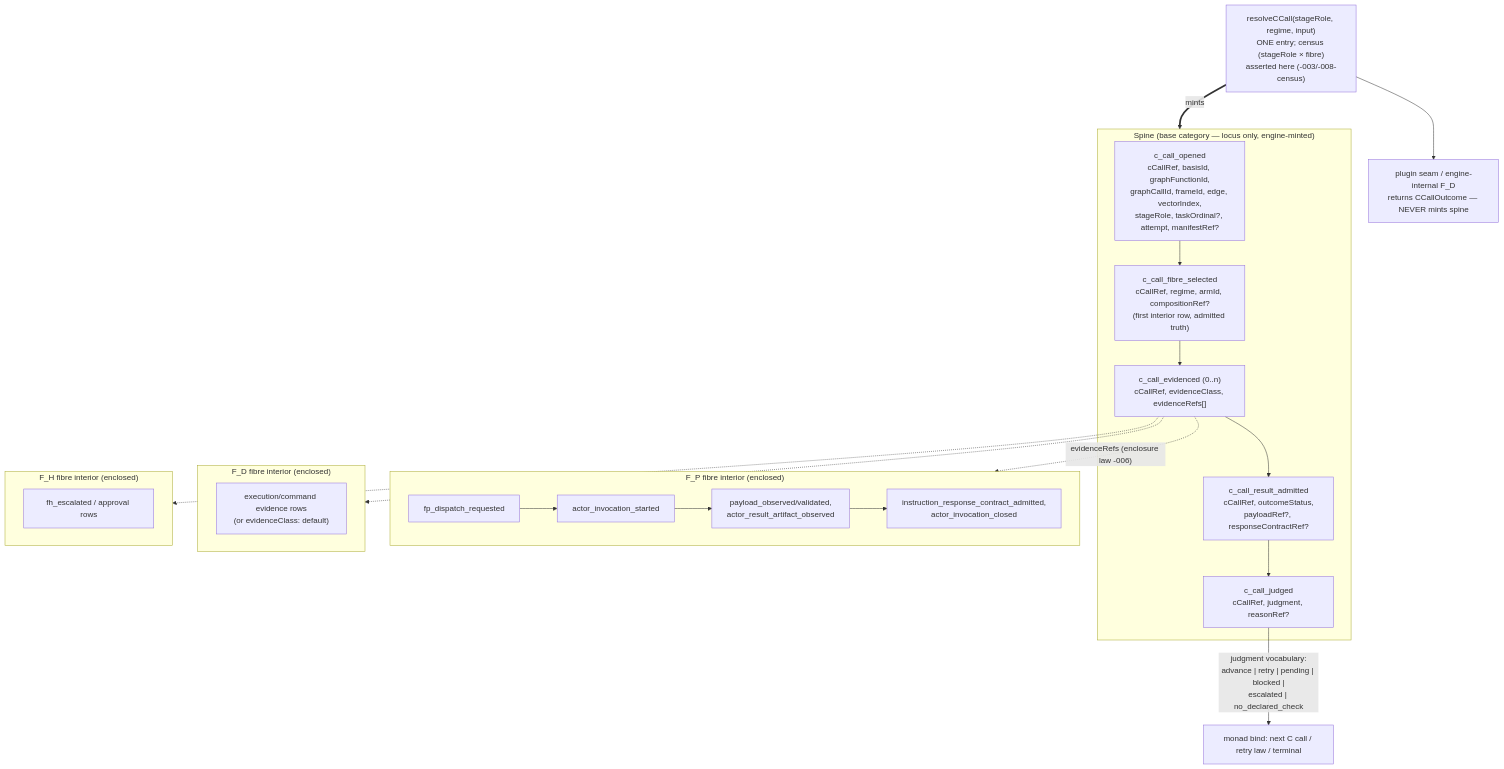
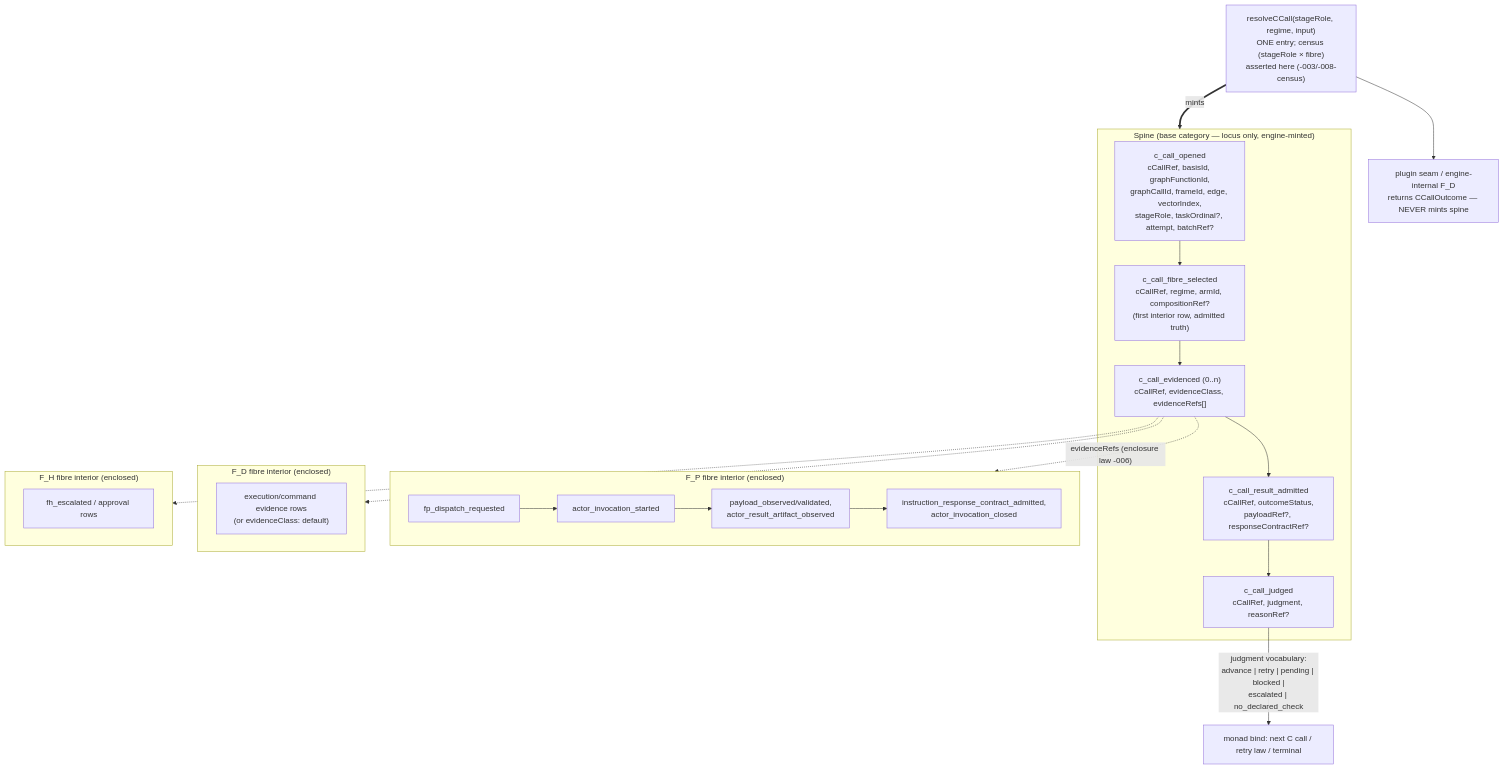
The diagram in build_tenants/abiogenesis/design/ABG_3_UNIFORM_C_CALL_ENVELOPE_DESIGN.md (foolishimp/abiogenesis), drawn with Mermaid before and after one commit. The commit also changed other lines of this file and 9 other files, not shown here.

````diff
--- a/build_tenants/abiogenesis/design/ABG_3_UNIFORM_C_CALL_ENVELOPE_DESIGN.md
+++ b/build_tenants/abiogenesis/design/ABG_3_UNIFORM_C_CALL_ENVELOPE_DESIGN.md
@@ -12,35 +12,35 @@
 ```mermaid
 flowchart TD
   subgraph SPINE["Spine (base category — locus only, engine-minted)"]
-    O["c_call_opened\ncCallRef, basisId, graphFunctionId,\ngraphCallId, frameId, edge, vectorIndex,\nstageRole, taskOrdinal?, attempt, manifestRef?"]
+    O["c_call_opened\ncCallRef, basisId, graphFunctionId,\ngraphCallId, frameId, edge, vectorIndex,\nstageRole, taskOrdinal?, attempt, batchRef?"]
     O --> FS["c_call_fibre_selected\ncCallRef, regime, armId, compositionRef?\n(first interior row, admitted truth)"]
     FS --> EV["c_call_evidenced (0..n)\ncCallRef, evidenceClass, evidenceRefs[]"]
     EV --> RA["c_call_result_admitted\ncCallRef, outcomeStatus,\npayloadRef?, responseContractRef?"]
     RA --> J["c_call_judged\ncCallRef, judgment, reasonRef?"]
   end
 
   subgraph FP["F_P fibre interior (enclosed)"]
     D1[fp_dispatch_requested] --> D2[actor_invocation_started]
     D2 --> D3["payload_observed/validated,\nactor_result_artifact_observed"]
     D3 --> D4["instruction_response_contract_admitted,\nactor_invocation_closed"]
   end
 
   subgraph FD["F_D fibre interior (enclosed)"]
     X1["execution/command evidence rows\n(or evidenceClass: default)"]
   end
 
   subgraph FH["F_H fibre interior (enclosed)"]
     H1["fh_escalated / approval rows"]
   end
 
   EV -.->|"evidenceRefs (enclosure law -006)"| FP
   EV -.-> FD
   EV -.-> FH
 
   R["resolveCCall(stageRole, regime, input)\nONE entry; census (stageRole × fibre)\nasserted here (-003/-008-census)"]
   R ==>|mints| SPINE
   P["plugin seam / engine-internal F_D\nreturns CCallOutcome — NEVER mints spine"]
   R --> P
 
   J -->|"judgment vocabulary:\nadvance | retry | pending | blocked |\nescalated | no_declared_check"| NEXT["monad bind: next C call / retry law / terminal"]
 ```
````
